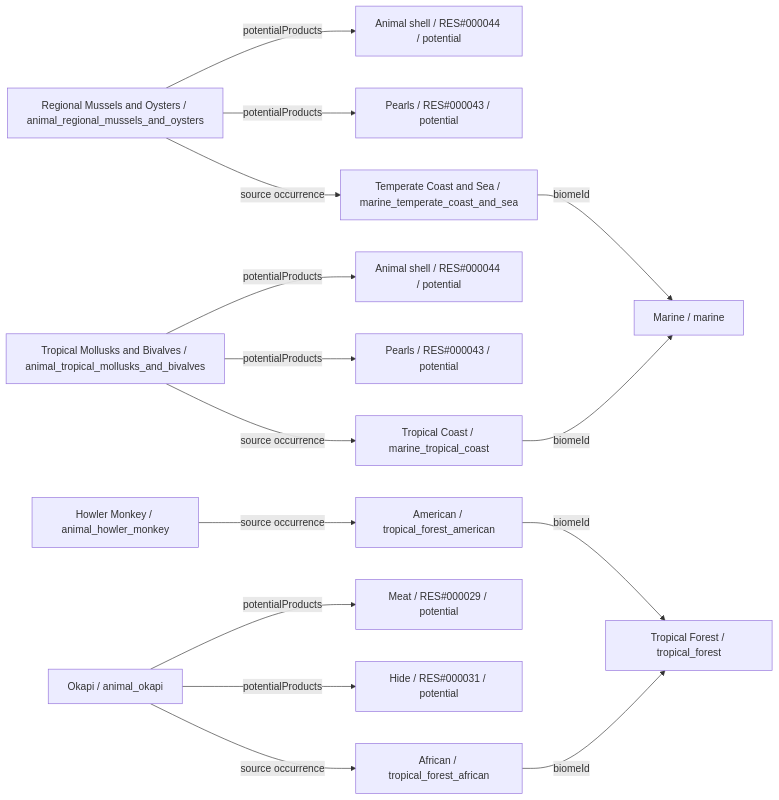
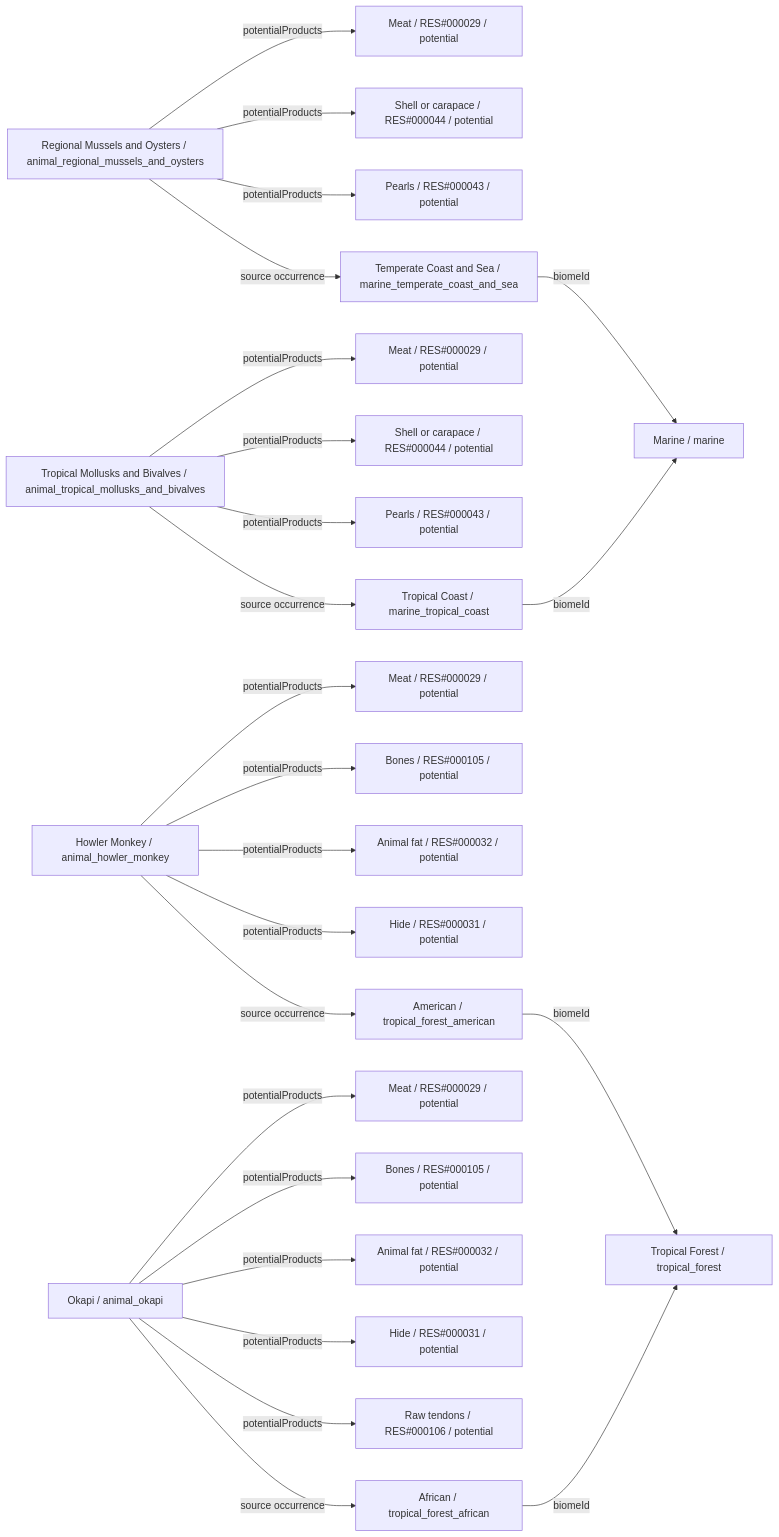
Diagram 16 of 26 in data/animals/DIAGRAMS.md (fgabo404/EvolveDoc), drawn with Mermaid before and after one commit. The commit also changed other lines of this file and 44 other files, not shown here.

````diff
--- a/data/animals/DIAGRAMS.md
+++ b/data/animals/DIAGRAMS.md
@@ -783,33 +1125,51 @@
 ```mermaid
 flowchart LR
     c0["Regional Mussels and Oysters / animal_regional_mussels_and_oysters"]
     v20["Temperate Coast and Sea / marine_temperate_coast_and_sea"]
     b5["Marine / marine"]
-    o0_0["Animal shell / RES#000044 / potential"]
-    o0_1["Pearls / RES#000043 / potential"]
+    o0_0["Meat / RES#000029 / potential"]
+    o0_1["Shell or carapace / RES#000044 / potential"]
+    o0_2["Pearls / RES#000043 / potential"]
     c1["Tropical Mollusks and Bivalves / animal_tropical_mollusks_and_bivalves"]
     v19["Tropical Coast / marine_tropical_coast"]
-    o1_0["Animal shell / RES#000044 / potential"]
-    o1_1["Pearls / RES#000043 / potential"]
+    o1_0["Meat / RES#000029 / potential"]
+    o1_1["Shell or carapace / RES#000044 / potential"]
+    o1_2["Pearls / RES#000043 / potential"]
     c2["Howler Monkey / animal_howler_monkey"]
     v0["American / tropical_forest_american"]
     b0["Tropical Forest / tropical_forest"]
+    o2_0["Meat / RES#000029 / potential"]
+    o2_1["Bones / RES#000105 / potential"]
+    o2_2["Animal fat / RES#000032 / potential"]
+    o2_3["Hide / RES#000031 / potential"]
     c3["Okapi / animal_okapi"]
     v1["African / tropical_forest_african"]
     o3_0["Meat / RES#000029 / potential"]
-    o3_1["Hide / RES#000031 / potential"]
+    o3_1["Bones / RES#000105 / potential"]
+    o3_2["Animal fat / RES#000032 / potential"]
+    o3_3["Hide / RES#000031 / potential"]
+    o3_4["Raw tendons / RES#000106 / potential"]
     c0 -->|potentialProducts| o0_0
     c0 -->|potentialProducts| o0_1
+    c0 -->|potentialProducts| o0_2
     c0 -->|source occurrence| v20
     c1 -->|potentialProducts| o1_0
     c1 -->|potentialProducts| o1_1
+    c1 -->|potentialProducts| o1_2
     c1 -->|source occurrence| v19
+    c2 -->|potentialProducts| o2_0
+    c2 -->|potentialProducts| o2_1
+    c2 -->|potentialProducts| o2_2
+    c2 -->|potentialProducts| o2_3
     c2 -->|source occurrence| v0
     c3 -->|potentialProducts| o3_0
     c3 -->|potentialProducts| o3_1
+    c3 -->|potentialProducts| o3_2
+    c3 -->|potentialProducts| o3_3
+    c3 -->|potentialProducts| o3_4
     c3 -->|source occurrence| v1
     v0 -->|biomeId| b0
     v1 -->|biomeId| b0
     v19 -->|biomeId| b5
     v20 -->|biomeId| b5
 ```
````
